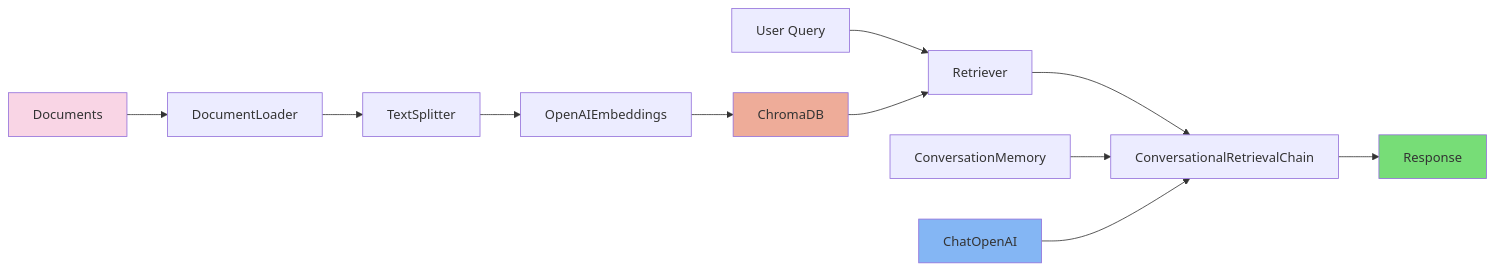
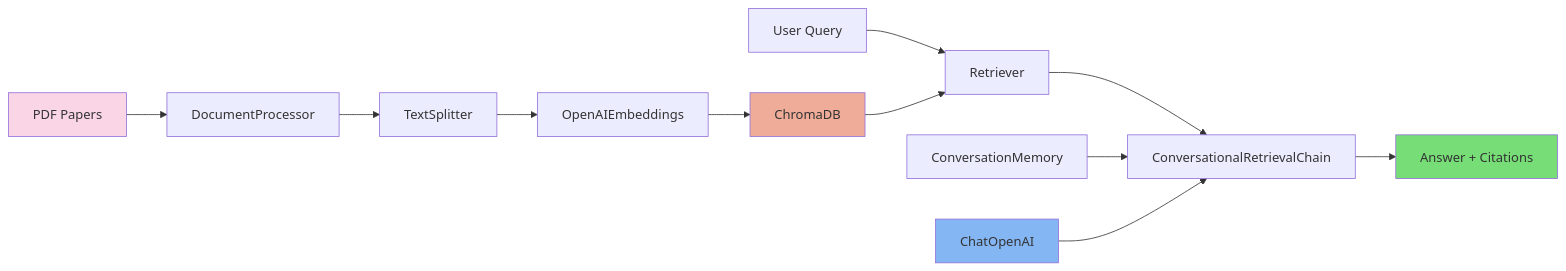
One commit to qianxu05172019/BioRAG-Oocyte-Agent changed the diagram in README.md. Above: the diagram before and after it, drawn with Mermaid. The commit also changed other lines of this file, not shown here.

````diff
--- a/README.md
+++ b/README.md
@@ -62,20 +35,20 @@
 ```mermaid
 flowchart LR
-    docs[Documents] --> loader[DocumentLoader]
+    docs[PDF Papers] --> loader[DocumentProcessor]
     loader --> splitter[TextSplitter]
     splitter --> embeddings[OpenAIEmbeddings]
     embeddings --> chroma[ChromaDB]
-    
+
     query[User Query] --> retriever[Retriever]
     chroma --> retriever
     retriever --> chain[ConversationalRetrievalChain]
-    
+
     memory[ConversationMemory] --> chain
     llm[ChatOpenAI] --> chain
-    chain --> response[Response]
+    chain --> response[Answer + Citations]
 
     style docs fill:#f9d5e5
     style chroma fill:#eeac99
     style llm fill:#84b6f4
     style response fill:#77dd77
 ```
````
